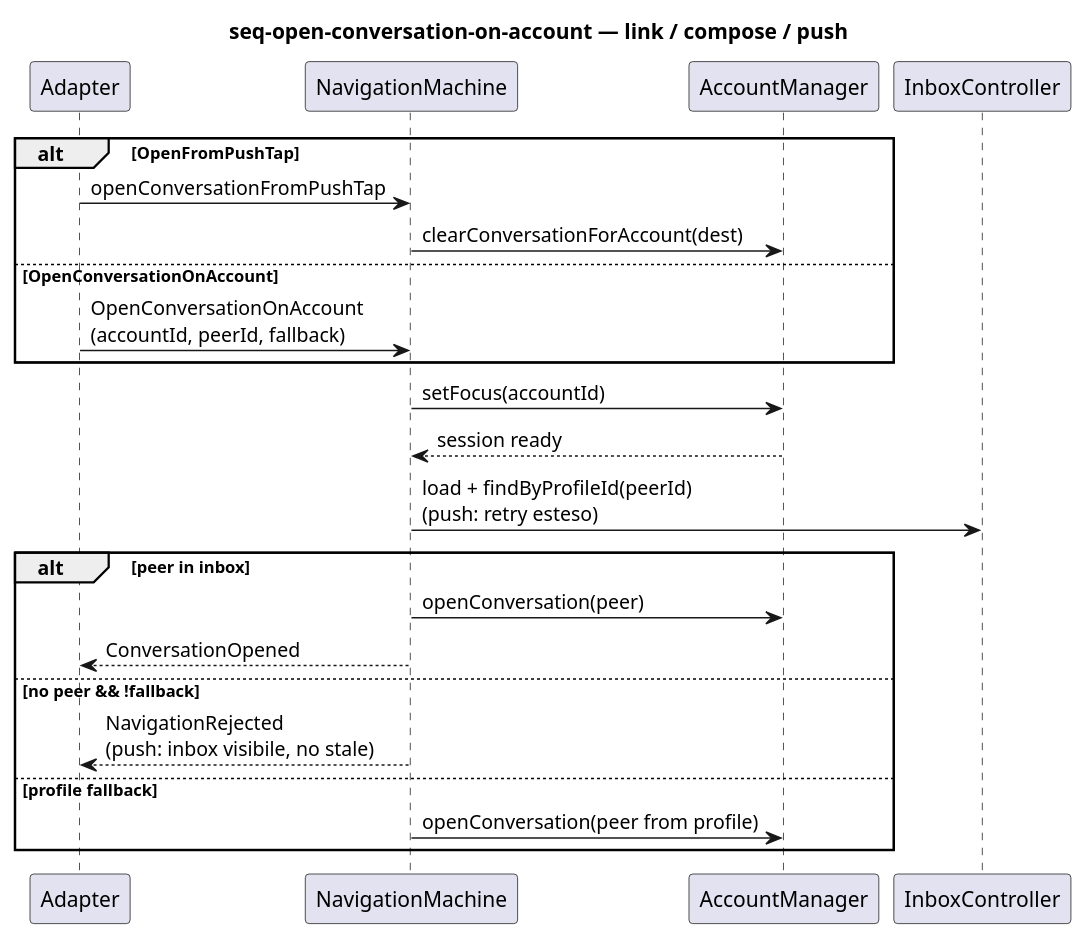
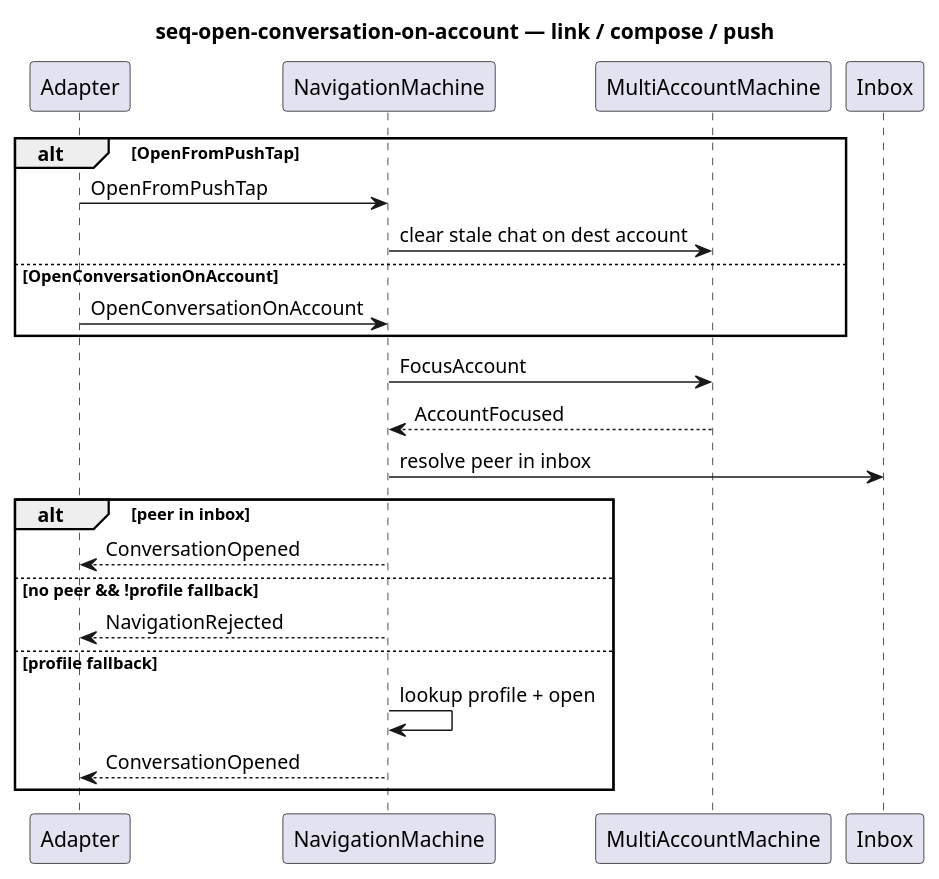
Before and after one commit to alfred-im/alfred-im: the diagram in docs/model/uml/navigation/seq-open-conversation-on-account.puml, drawn with PlantUML. The commit also changed 51 other files, not shown here.

```diff
--- a/docs/model/uml/navigation/seq-open-conversation-on-account.puml
+++ b/docs/model/uml/navigation/seq-open-conversation-on-account.puml
@@ -1,31 +1,31 @@
 @startuml seq-open-conversation-on-account
 ' Command: OpenConversationOnAccount / OpenFromPushTap
-' Revision: 2026-07-18
+' Revision: 2026-07-19
 
 title seq-open-conversation-on-account — link / compose / push
 
 participant "Adapter" as Ad
 participant "NavigationMachine" as Nav
-participant "AccountManager" as AM
-participant "InboxController" as Inbox
+participant "MultiAccountMachine" as MAM
+participant "Inbox" as Inbox
 
 alt OpenFromPushTap
-  Ad -> Nav : openConversationFromPushTap
-  Nav -> AM : clearConversationForAccount(dest)
+  Ad -> Nav : OpenFromPushTap
+  Nav -> MAM : clear stale chat on dest account
 else OpenConversationOnAccount
-  Ad -> Nav : OpenConversationOnAccount\n(accountId, peerId, fallback)
+  Ad -> Nav : OpenConversationOnAccount
 end
 
-Nav -> AM : setFocus(accountId)
-AM --> Nav : session ready
-Nav -> Inbox : load + findByProfileId(peerId)\n(push: retry esteso)
+Nav -> MAM : FocusAccount
+MAM --> Nav : AccountFocused
+Nav -> Inbox : resolve peer in inbox
 alt peer in inbox
-  Nav -> AM : openConversation(peer)
   Nav --> Ad : ConversationOpened
-else no peer && !fallback
-  Nav --> Ad : NavigationRejected\n(push: inbox visibile, no stale)
+else no peer && !profile fallback
+  Nav --> Ad : NavigationRejected
 else profile fallback
-  Nav -> AM : openConversation(peer from profile)
+  Nav -> Nav : lookup profile + open
+  Nav --> Ad : ConversationOpened
 end
 
 @enduml
```
